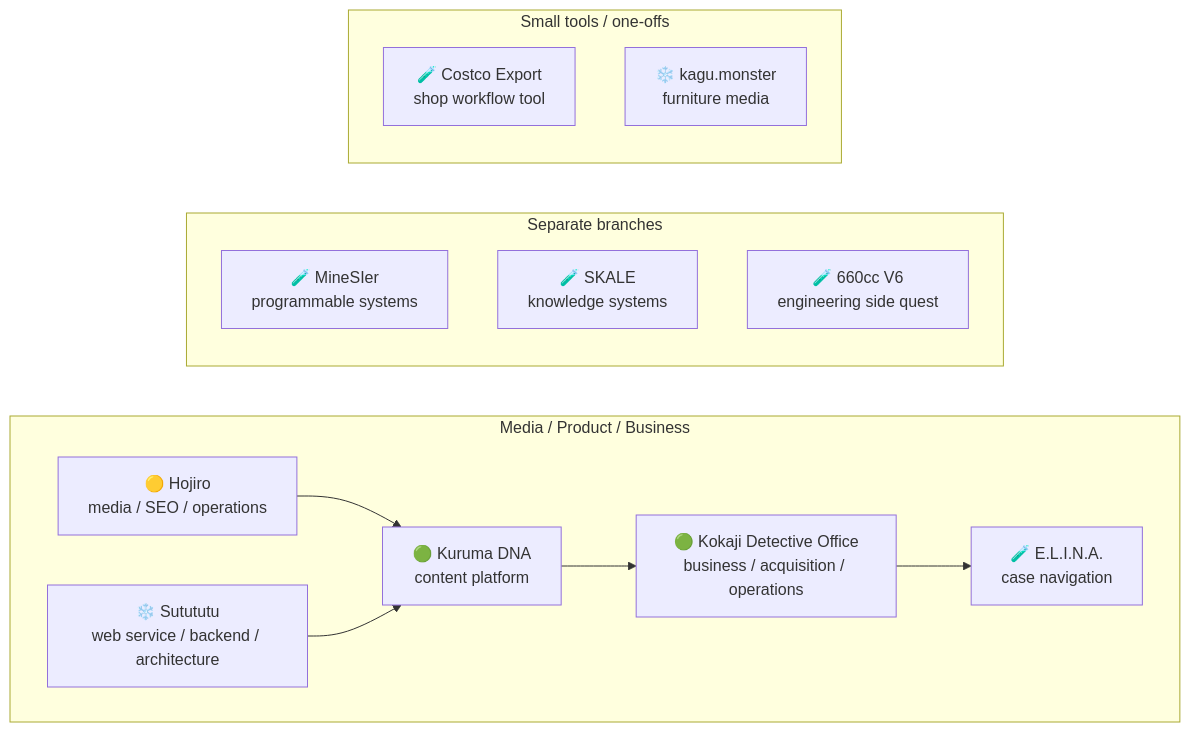
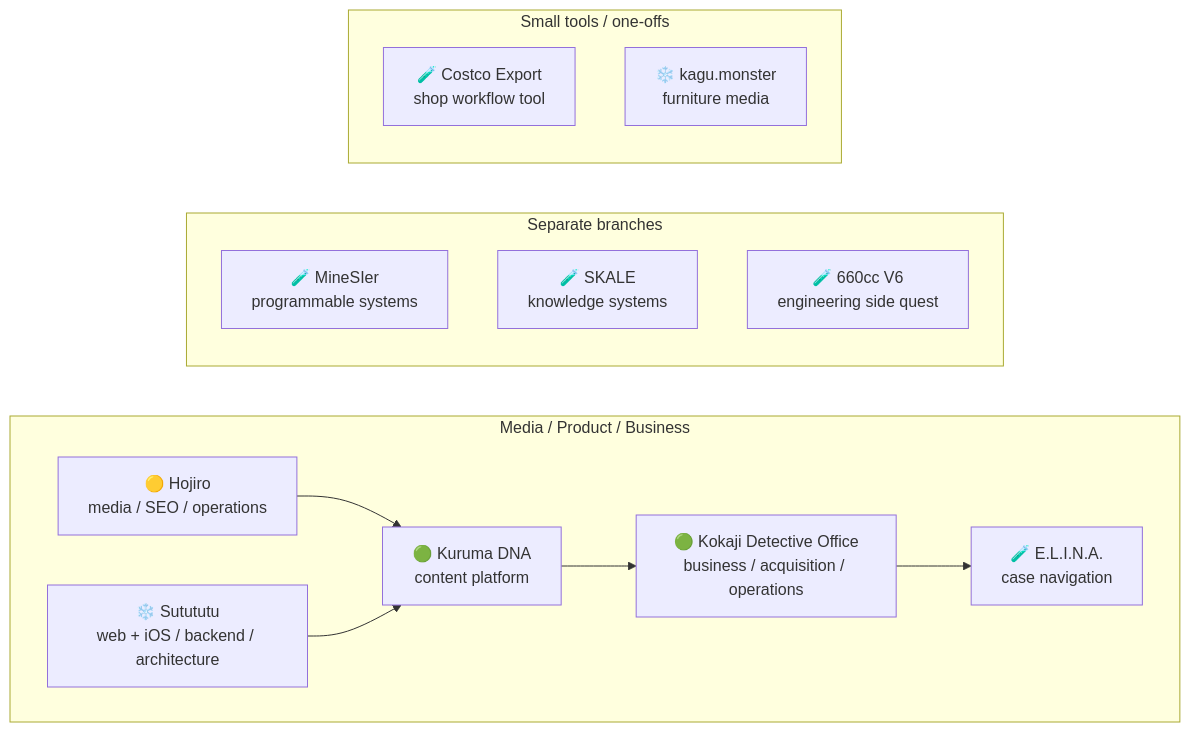
Before and after one commit to hodzilla51/hodzilla51: the diagram in README.md, drawn with Mermaid. The commit also changed other lines of this file, not shown here.

Commit message:
docs: add Sutututu iOS app release

````diff
--- a/README.md
+++ b/README.md
@@ -153,28 +157,28 @@
 ```mermaid
 flowchart LR
     subgraph P[Media / Product / Business]
         direction LR
         HJ[🟡 Hojiro<br/>media / SEO / operations]
-        ST[❄️ Sutututu<br/>web service / backend / architecture]
+        ST[❄️ Sutututu<br/>web + iOS / backend / architecture]
         KD[🟢 Kuruma DNA<br/>content platform]
         KO[🟢 Kokaji Detective Office<br/>business / acquisition / operations]
         EL[🧪 E.L.I.N.A.<br/>case navigation]
 
         HJ --> KD
         ST --> KD
         KD --> KO
         KO --> EL
     end
 
     subgraph X[Separate branches]
         direction TB
         MI[🧪 MineSIer<br/>programmable systems]
         SK[🧪 SKALE<br/>knowledge systems]
         CV[🧪 660cc V6<br/>engineering side quest]
     end
 
     subgraph T[Small tools / one-offs]
         CE[🧪 Costco Export<br/>shop workflow tool]
         KG[❄️ kagu.monster<br/>furniture media]
     end
 ```
````
